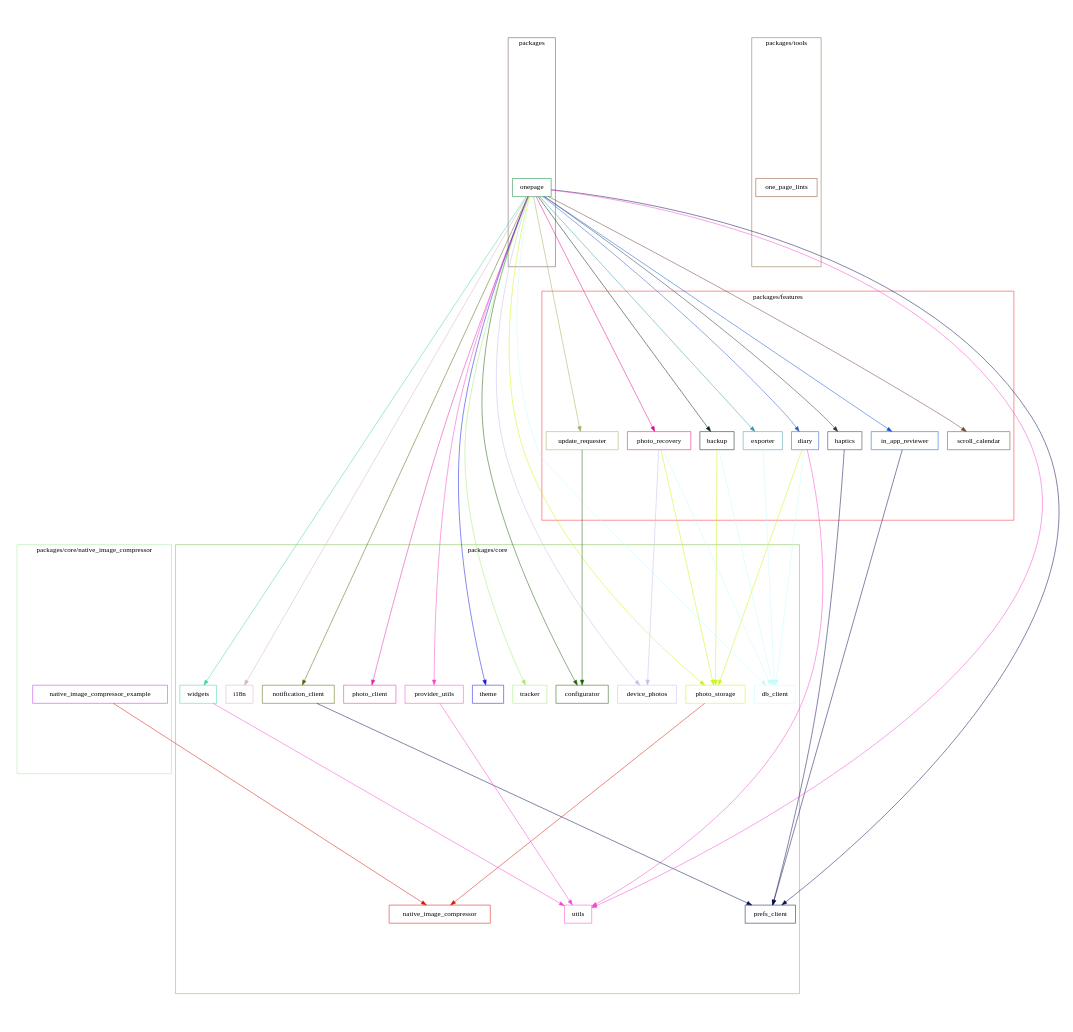
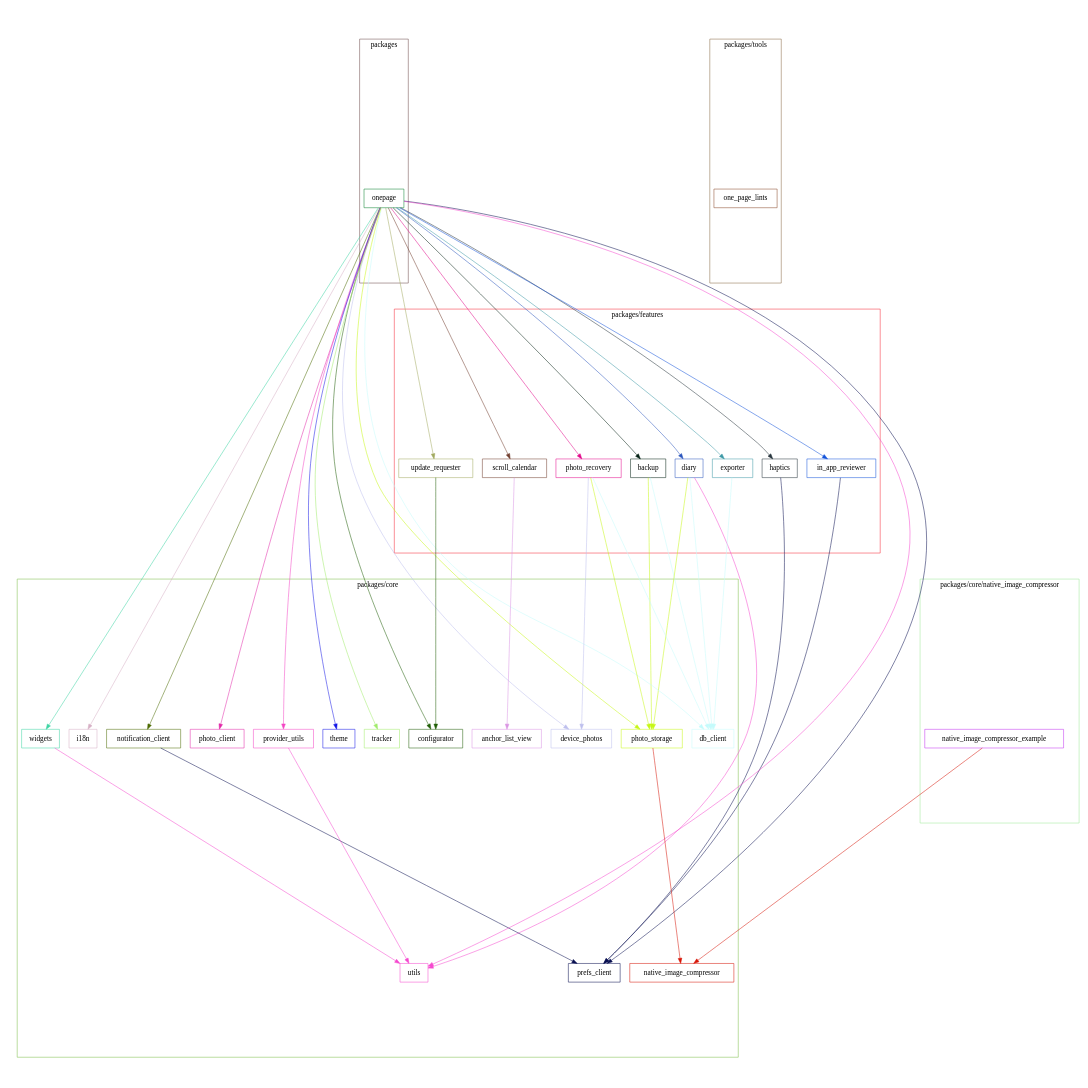
Before and after one commit to naipaka/onepage: the diagram in docs/dependency_graph.dot, drawn with Graphviz. The commit also changed 1 other file, not shown here.

Commit message:
Update Dependency Graph and SVG image (#353)

```diff
--- a/docs/dependency_graph.dot
+++ b/docs/dependency_graph.dot
@@ -1,111 +1,114 @@
 digraph packages {
   size="10"; ratio=fill;
+  anchor_list_view [shape="box"; color="#db95e3"];
   backup [shape="box"; color="#022013"];
   configurator [shape="box"; color="#205f06"];
   db_client [shape="box"; color="#c4fbfc"];
   device_photos [shape="box"; color="#bebfed"];
   diary [shape="box"; color="#2c56bd"];
   exporter [shape="box"; color="#3e99a6"];
   haptics [shape="box"; color="#26343c"];
   i18n [shape="box"; color="#d7afc5"];
   in_app_reviewer [shape="box"; color="#1253da"];
   native_image_compressor [shape="box"; color="#d71507"];
   native_image_compressor_example [shape="box"; color="#c031ef"];
   notification_client [shape="box"; color="#4d6b02"];
   one_page_lints [shape="box"; color="#884728"];
   onepage [shape="box"; color="#08802d"];
   photo_client [shape="box"; color="#e227a9"];
   photo_recovery [shape="box"; color="#e2078b"];
   photo_storage [shape="box"; color="#c6f715"];
   prefs_client [shape="box"; color="#080f51"];
   provider_utils [shape="box"; color="#f445c4"];
   scroll_calendar [shape="box"; color="#713e2e"];
   theme [shape="box"; color="#1214e6"];
   tracker [shape="box"; color="#a0eb6a"];
   update_requester [shape="box"; color="#a2aa60"];
   utils [shape="box"; color="#f548cf"];
   widgets [shape="box"; color="#3ed5a4"];
   backup -> db_client [style="filled"; color="#c4fbfc"];
   backup -> photo_storage [style="filled"; color="#c6f715"];
   diary -> db_client [style="filled"; color="#c4fbfc"];
   diary -> photo_storage [style="filled"; color="#c6f715"];
   diary -> utils [style="filled"; color="#f548cf"];
   exporter -> db_client [style="filled"; color="#c4fbfc"];
   haptics -> prefs_client [style="filled"; color="#080f51"];
   in_app_reviewer -> prefs_client [style="filled"; color="#080f51"];
   native_image_compressor_example -> native_image_compressor [style="filled"; color="#d71507"];
   notification_client -> prefs_client [style="filled"; color="#080f51"];
   onepage -> backup [style="filled"; color="#022013"];
   onepage -> configurator [style="filled"; color="#205f06"];
   onepage -> db_client [style="filled"; color="#c4fbfc"];
   onepage -> device_photos [style="filled"; color="#bebfed"];
   onepage -> diary [style="filled"; color="#2c56bd"];
   onepage -> exporter [style="filled"; color="#3e99a6"];
   onepage -> haptics [style="filled"; color="#26343c"];
   onepage -> i18n [style="filled"; color="#d7afc5"];
   onepage -> in_app_reviewer [style="filled"; color="#1253da"];
   onepage -> notification_client [style="filled"; color="#4d6b02"];
   onepage -> photo_client [style="filled"; color="#e227a9"];
   onepage -> photo_recovery [style="filled"; color="#e2078b"];
   onepage -> photo_storage [style="filled"; color="#c6f715"];
   onepage -> prefs_client [style="filled"; color="#080f51"];
   onepage -> provider_utils [style="filled"; color="#f445c4"];
   onepage -> scroll_calendar [style="filled"; color="#713e2e"];
   onepage -> theme [style="filled"; color="#1214e6"];
   onepage -> tracker [style="filled"; color="#a0eb6a"];
   onepage -> update_requester [style="filled"; color="#a2aa60"];
   onepage -> utils [style="filled"; color="#f548cf"];
   onepage -> widgets [style="filled"; color="#3ed5a4"];
   photo_recovery -> db_client [style="filled"; color="#c4fbfc"];
   photo_recovery -> device_photos [style="filled"; color="#bebfed"];
   photo_recovery -> photo_storage [style="filled"; color="#c6f715"];
   photo_storage -> native_image_compressor [style="filled"; color="#d71507"];
   provider_utils -> utils [style="filled"; color="#f548cf"];
+  scroll_calendar -> anchor_list_view [style="filled"; color="#db95e3"];
   update_requester -> configurator [style="filled"; color="#205f06"];
   widgets -> utils [style="filled"; color="#f548cf"];
-  subgraph "cluster packages/features" {
-    label="packages/features";
-    color="#f62736";
-    backup;
-    diary;
-    exporter;
-    haptics;
-    in_app_reviewer;
-    photo_recovery;
-    scroll_calendar;
-    update_requester;
-  }
   subgraph "cluster packages/core" {
     label="packages/core";
     color="#7bbd47";
+    anchor_list_view;
     configurator;
     db_client;
     device_photos;
     i18n;
     native_image_compressor;
     notification_client;
     photo_client;
     photo_storage;
     prefs_client;
     provider_utils;
     theme;
     tracker;
     utils;
     widgets;
+  }
+  subgraph "cluster packages/features" {
+    label="packages/features";
+    color="#f62736";
+    backup;
+    diary;
+    exporter;
+    haptics;
+    in_app_reviewer;
+    photo_recovery;
+    scroll_calendar;
+    update_requester;
   }
   subgraph "cluster packages/core/native_image_compressor" {
     label="packages/core/native_image_compressor";
     color="#9fe999";
     native_image_compressor_example;
   }
   subgraph "cluster packages/tools" {
     label="packages/tools";
     color="#866843";
     one_page_lints;
   }
   subgraph "cluster packages" {
     label="packages";
     color="#6b4949";
     onepage;
   }
 }
```
